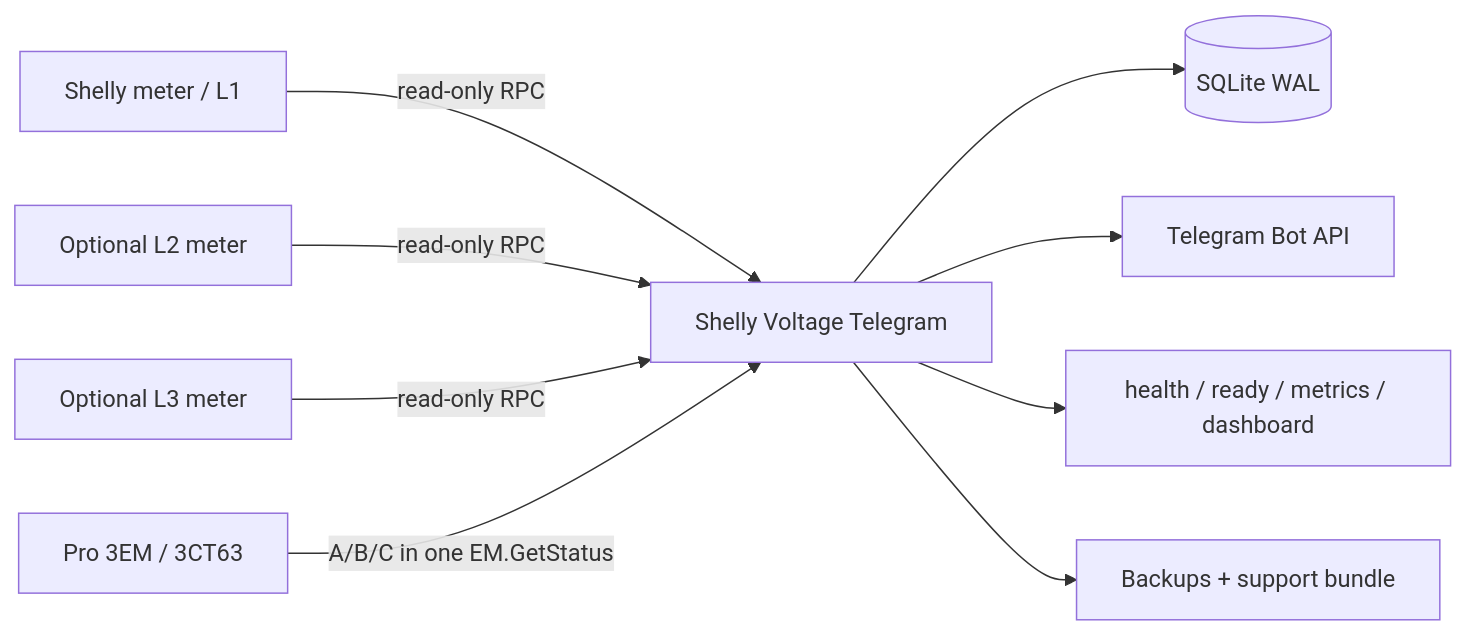
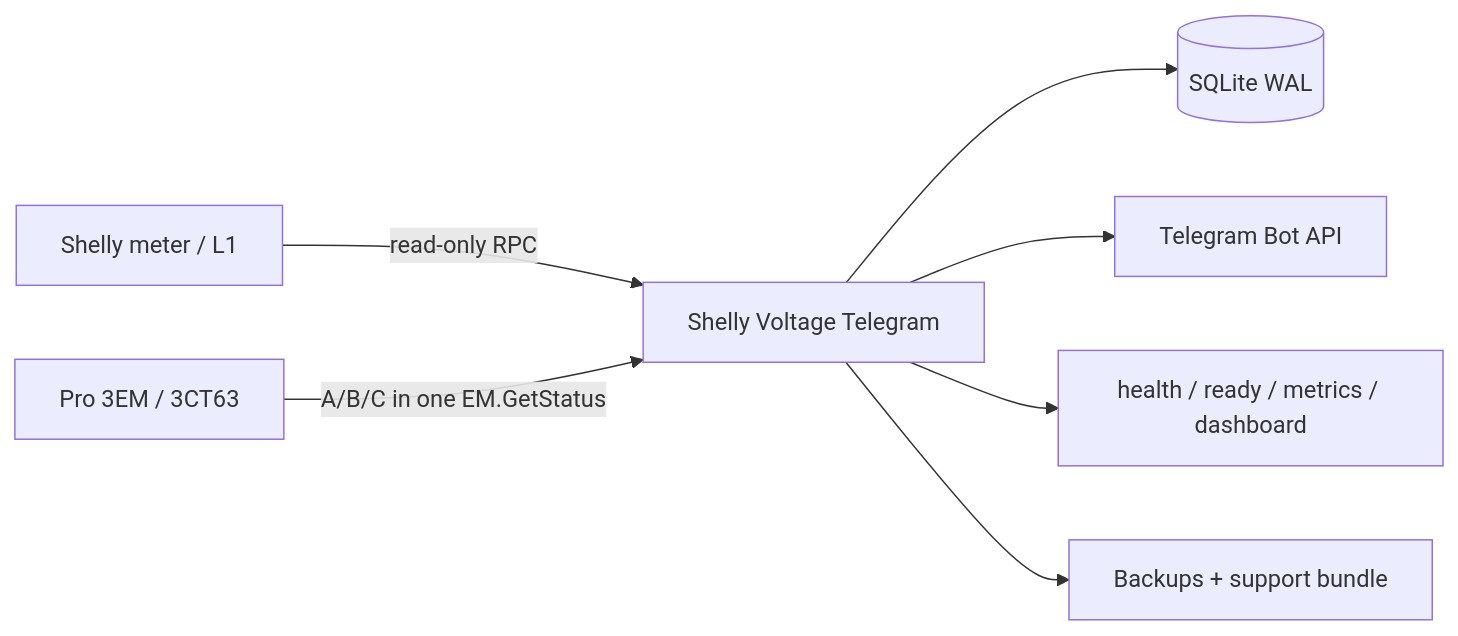
Before and after one commit to iSentinel/shelly-voltage-telegram: the diagram in README_EN.md, drawn with Mermaid. The commit also changed other lines of this file and 16 other files, not shown here.

````diff
--- a/README_EN.md
+++ b/README_EN.md
@@ -75,11 +82,9 @@
 ```mermaid
 flowchart LR
     S1[Shelly meter / L1] -->|read-only RPC| BOT["Shelly Voltage Telegram"]
-    S2[Optional L2 meter] -->|read-only RPC| BOT
-    S3[Optional L3 meter] -->|read-only RPC| BOT
     P3[Pro 3EM / 3CT63] -->|A/B/C in one EM.GetStatus| BOT
     BOT --> DB[("SQLite WAL")]
     BOT --> TG["Telegram Bot API"]
     BOT --> HTTP["health / ready / metrics / dashboard"]
     BOT --> BK["Backups + support bundle"]
 ```
````
